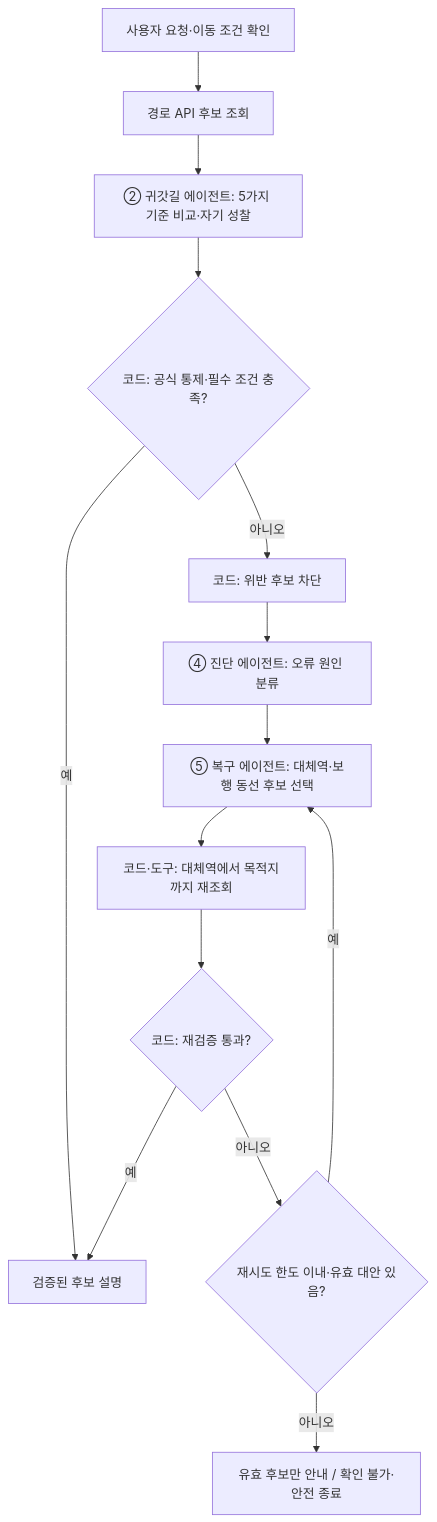
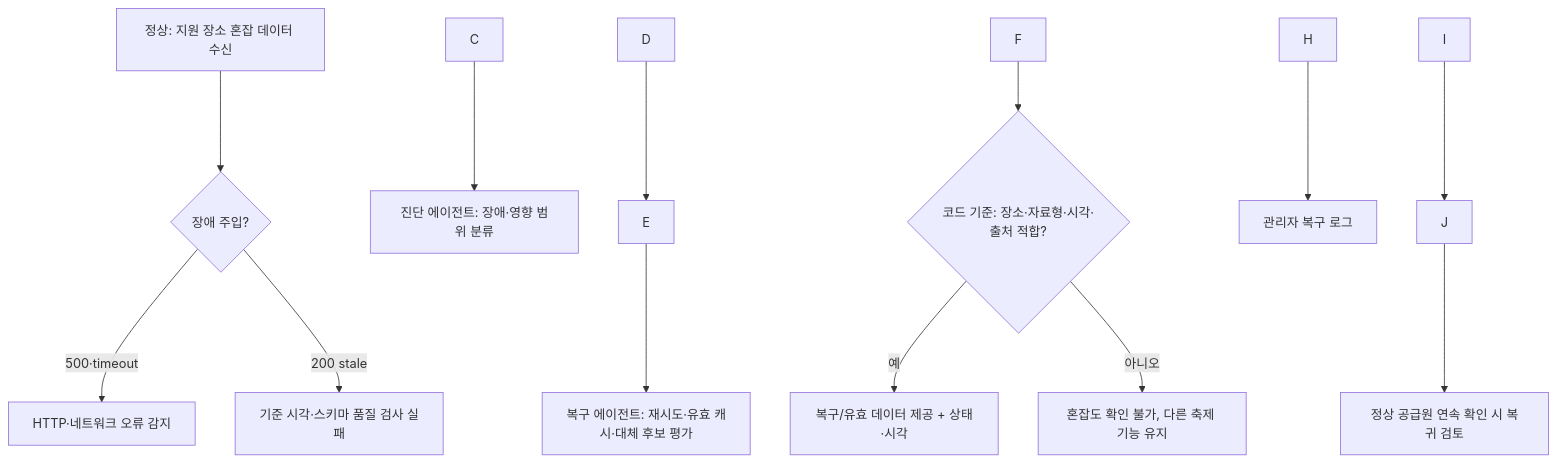
Before and after one commit to yubeenjjang/Final3team: the fifth of 5 diagrams in Docs/Step 1/놀다가_기획서.md, drawn with Mermaid. The commit also changed other lines of this file and 1 other file, not shown here.

````diff
--- a/Docs/Step 1/놀다가_기획서.md
+++ b/Docs/Step 1/놀다가_기획서.md
@@ -1019,16 +850,15 @@
 ```mermaid
 flowchart TD
-    A[사용자 요청·이동 조건 확인] --> B[경로 API 후보 조회]
-    B --> C[② 귀갓길 에이전트: 5가지 기준 비교·자기 성찰]
-    C --> D{코드: 공식 통제·필수 조건 충족?}
-    D -->|예| E[검증된 후보 설명]
-    D -->|아니오| F[코드: 위반 후보 차단]
-    F --> G[④ 진단 에이전트: 오류 원인 분류]
-    G --> H[⑤ 복구 에이전트: 대체역·보행 동선 후보 선택]
-    H --> I[코드·도구: 대체역에서 목적지까지 재조회]
-    I --> J{코드: 재검증 통과?}
-    J -->|예| E
-    J -->|아니오| K{재시도 한도 이내·유효 대안 있음?}
-    K -->|예| H
-    K -->|아니오| L[유효 후보만 안내 / 확인 불가·안전 종료]
+  A\[정상: 지원 장소 혼잡 데이터 수신] --> B{장애 주입?}
+  B -->|500·timeout| C\[HTTP·네트워크 오류 감지]
+  B -->|200 stale| D\[기준 시각·스키마 품질 검사 실패]
+  C --> E\[진단 에이전트: 장애·영향 범위 분류]
+  D --> E
+  E --> F\[복구 에이전트: 재시도·유효 캐시·대체 후보 평가]
+  F --> G{코드 기준: 장소·자료형·시각·출처 적합?}
+  G -->|예| H\[복구/유효 데이터 제공 + 상태·시각]
+  G -->|아니오| I\[혼잡도 확인 불가, 다른 축제 기능 유지]
+  H --> J\[관리자 복구 로그]
+  I --> J
+  J --> K\[정상 공급원 연속 확인 시 복귀 검토]
 ```
````
